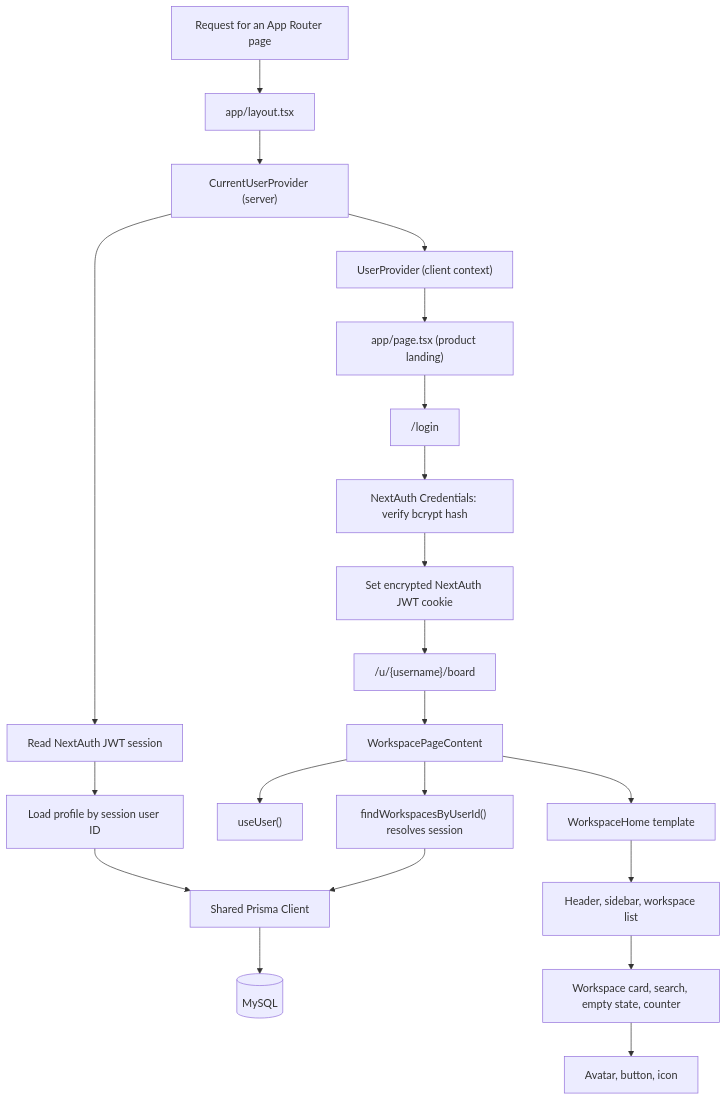
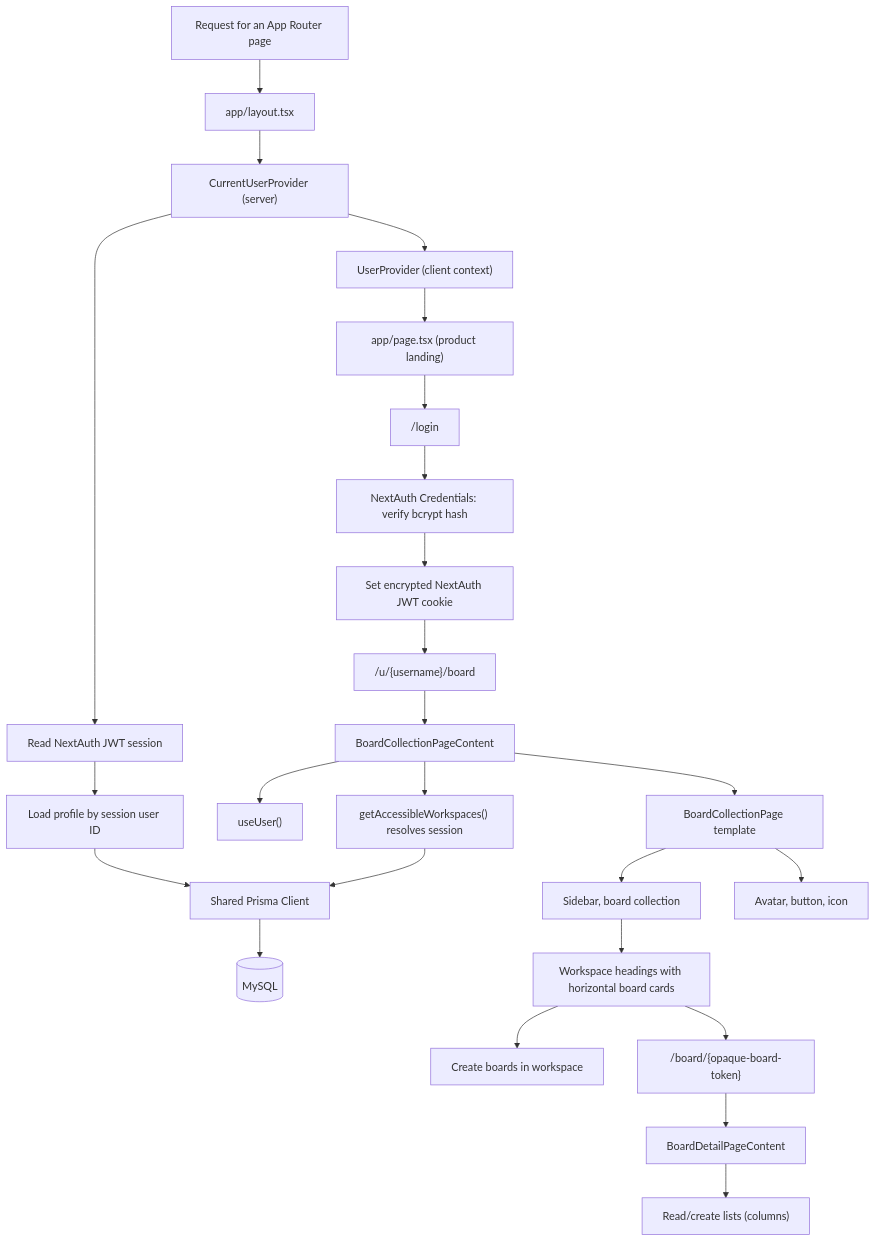
One commit to Thoai1503/TrelloClone changed the first of 2 diagrams in docs/architecture/overview.md. Above: the diagram before and after it, drawn with Mermaid. The commit also changed other lines of this file and 59 other files, not shown here.

First line of the commit message:
feat: add workspace and board ID encryption and decryption utilities

````diff
--- a/docs/architecture/overview.md
+++ b/docs/architecture/overview.md
@@ -49,23 +56,27 @@
 ```mermaid
 flowchart TD
     Request["Request for an App Router page"] --> Root["app/layout.tsx"]
     Root --> CurrentUser["CurrentUserProvider (server)"]
     CurrentUser --> Session["Read NextAuth JWT session"]
     Session --> FindUser["Load profile by session user ID"]
     FindUser --> Prisma["Shared Prisma Client"]
     Prisma --> MySQL[("MySQL")]
     CurrentUser --> Context["UserProvider (client context)"]
     Context --> Landing["app/page.tsx (product landing)"]
     Landing --> Login["/login"]
     Login --> Authenticate["NextAuth Credentials: verify bcrypt hash"]
     Authenticate --> Cookie["Set encrypted NextAuth JWT cookie"]
     Cookie --> WorkspaceRoute["/u/{username}/board"]
-    WorkspaceRoute --> Feature["WorkspacePageContent"]
+    WorkspaceRoute --> Feature["BoardCollectionPageContent"]
     Feature --> UserHook["useUser()"]
-    Feature --> WorkspaceAction["findWorkspacesByUserId() resolves session"]
+    Feature --> WorkspaceAction["getAccessibleWorkspaces() resolves session"]
     WorkspaceAction --> Prisma
-    Feature --> Template["WorkspaceHome template"]
-    Template --> Organisms["Header, sidebar, workspace list"]
-    Organisms --> Molecules["Workspace card, search, empty state, counter"]
-    Molecules --> Atoms["Avatar, button, icon"]
+    Feature --> Template["BoardCollectionPage template"]
+    Template --> Organisms["Sidebar, board collection"]
+    Organisms --> Boards["Workspace headings with horizontal board cards"]
+    Boards --> BoardAction["Create boards in workspace"]
+    Boards --> BoardRoute["/board/{opaque-board-token}"]
+    BoardRoute --> BoardDetail["BoardDetailPageContent"]
+    BoardDetail --> Lists["Read/create lists (columns)"]
+    Template --> Atoms["Avatar, button, icon"]
 ```
````
